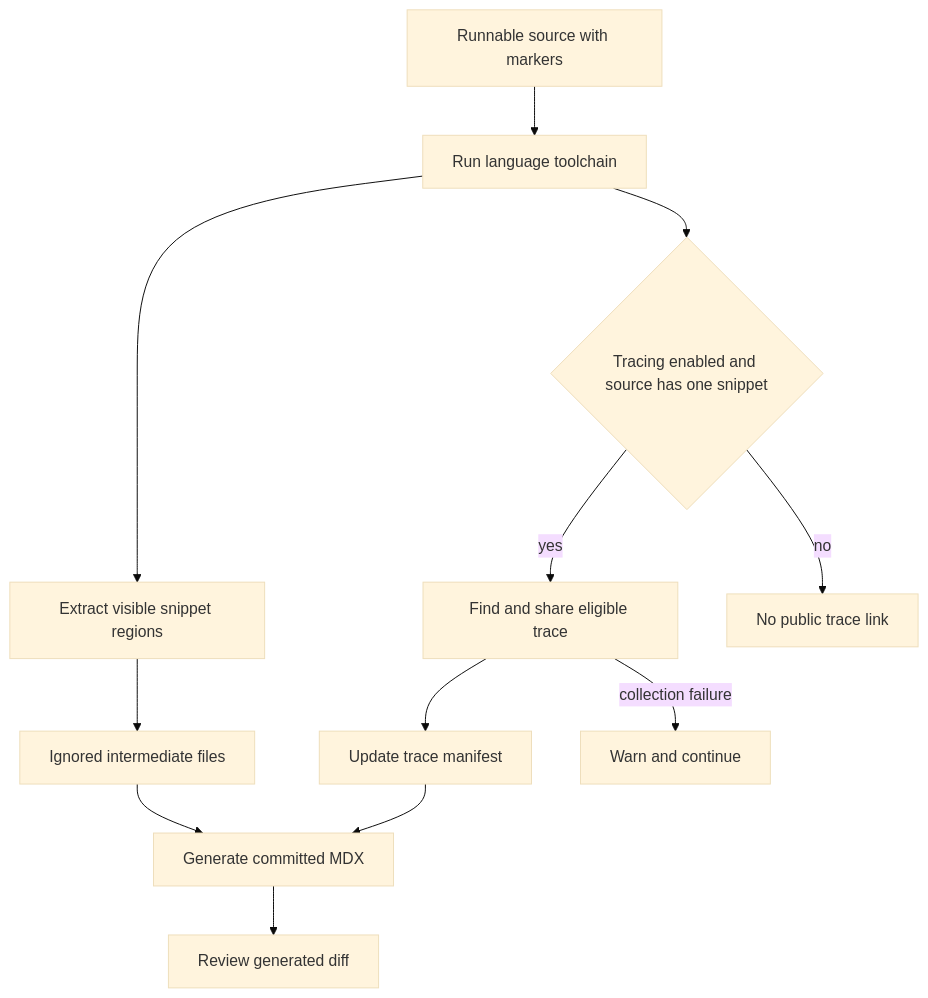
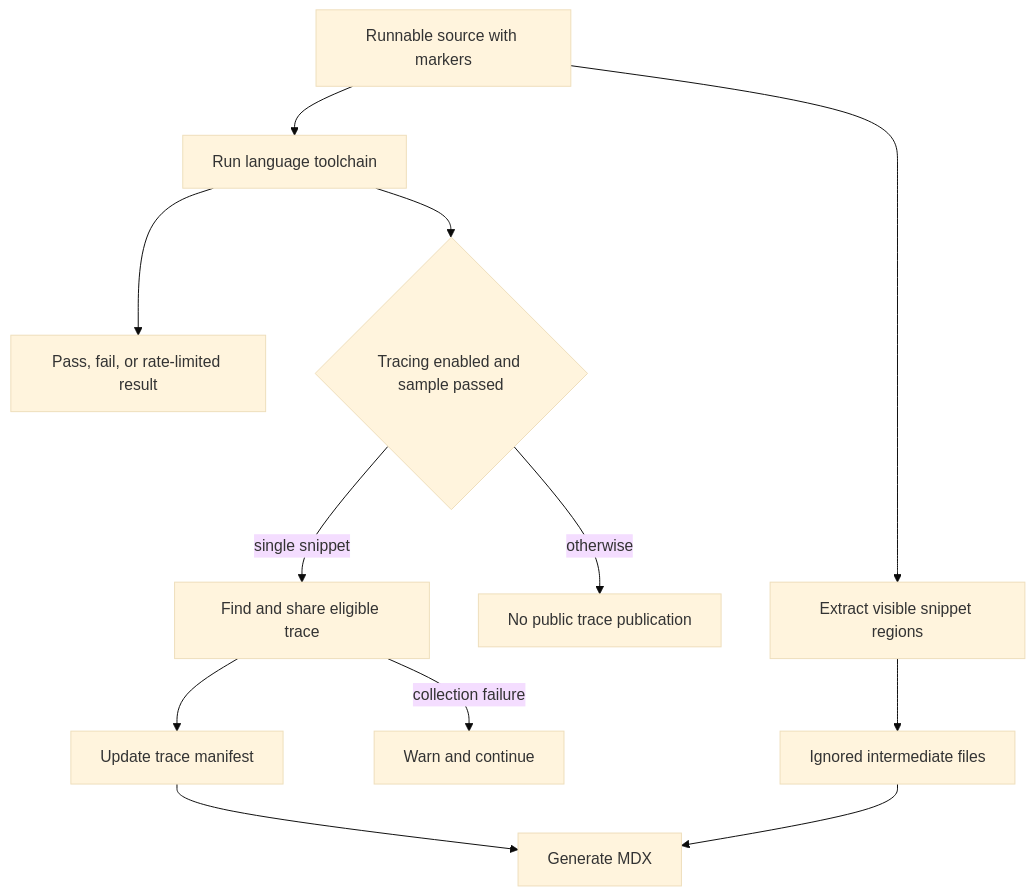
The diagram in openwiki/workflows/code-sample-lifecycle.md (langchain-ai/docs), drawn with Mermaid (base theme) before and after one commit. The commit also changed other lines of this file and 26 other files, not shown here.

````diff
--- a/openwiki/workflows/code-sample-lifecycle.md
+++ b/openwiki/workflows/code-sample-lifecycle.md
@@ -45,14 +45,14 @@
 ```mermaid
 flowchart TD
   Source["Runnable source with markers"] --> Validate["Run language toolchain"]
-  Validate --> Extract["Extract visible snippet regions"]
+  Validate --> Result["Pass, fail, or rate-limited result"]
+  Source --> Extract["Extract visible snippet regions"]
   Extract --> Intermediate["Ignored intermediate files"]
-  Intermediate --> Render["Generate committed MDX"]
-  Render --> Review["Review generated diff"]
-  Validate --> TraceGate{"Tracing enabled and source has one snippet"}
-  TraceGate -->|"yes"| Collect["Find and share eligible trace"]
+  Intermediate --> Render["Generate MDX"]
+  Validate --> TraceGate{"Tracing enabled and sample passed"}
+  TraceGate -->|"single snippet"| Collect["Find and share eligible trace"]
   Collect --> Manifest["Update trace manifest"]
   Manifest --> Render
+  TraceGate -->|"otherwise"| NoPublish["No public trace publication"]
   Collect -->|"collection failure"| Warn["Warn and continue"]
-  TraceGate -->|"no"| NoPublish["No public trace link"]
 ```
````
